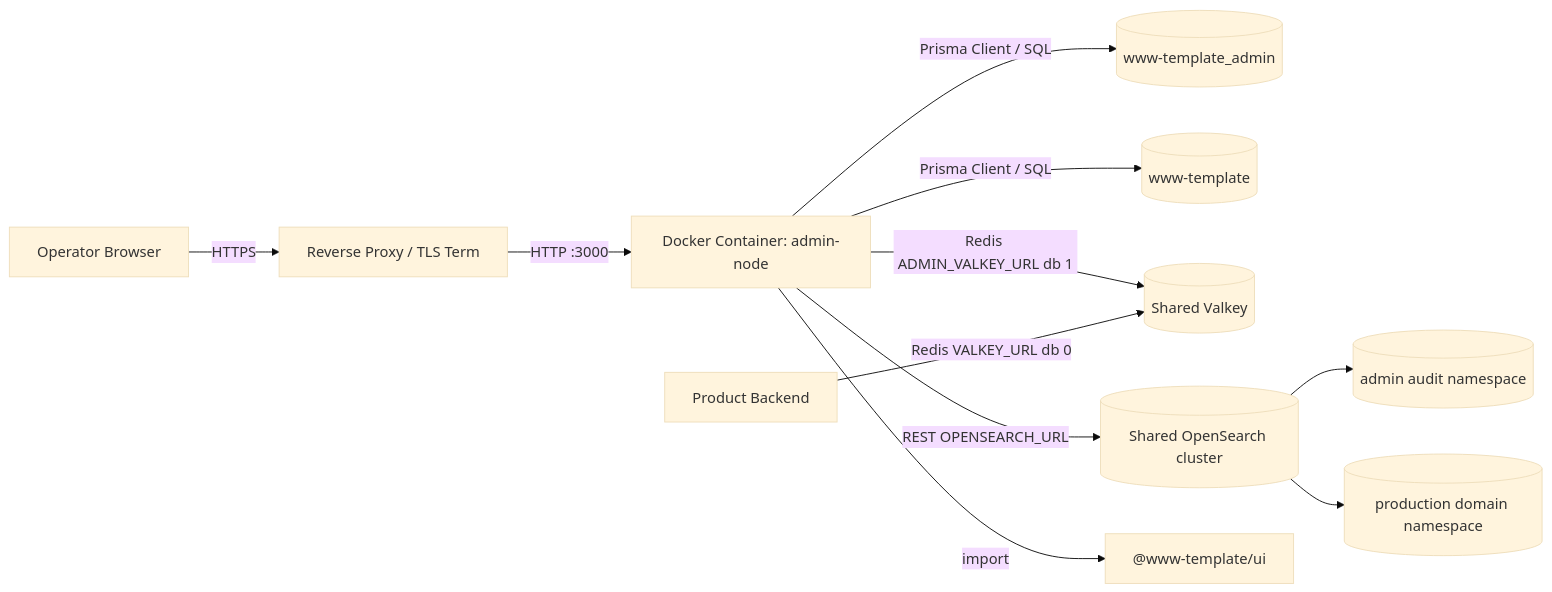
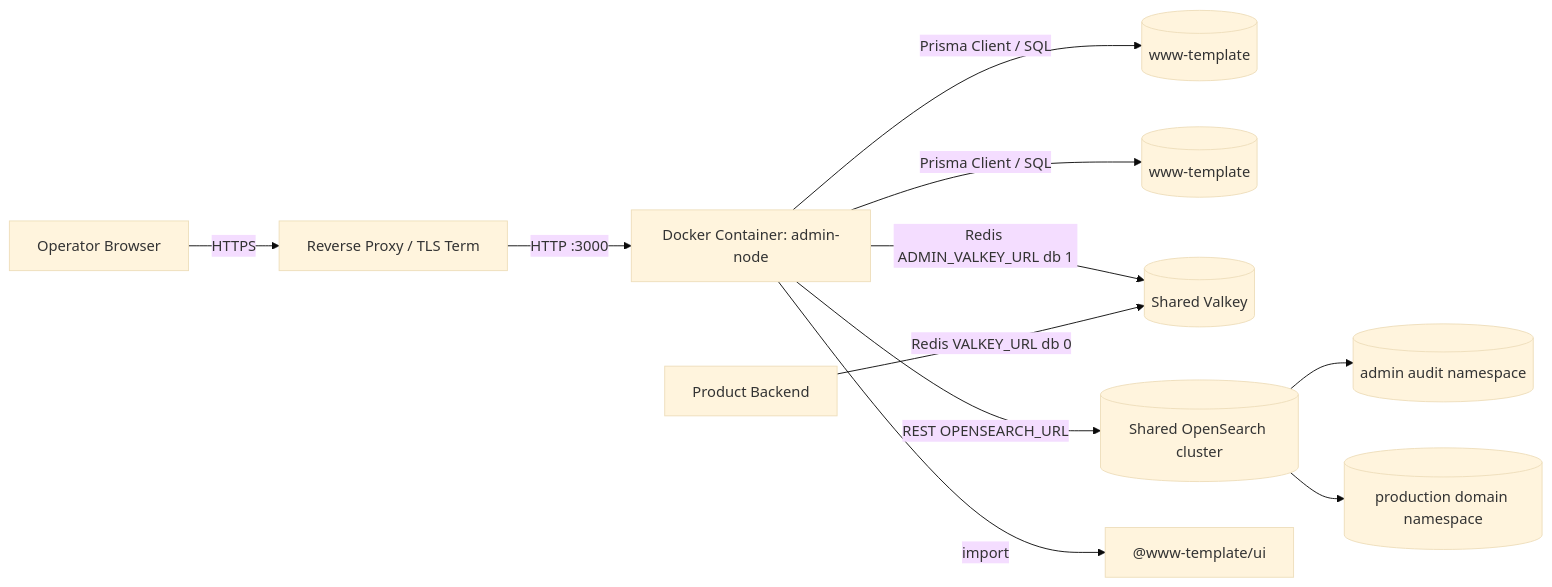
One commit to witwire-net/www-template changed the first of 5 diagrams in openspec/changes/archive/2026-05-18-add-admin-system/design.md. Above: the diagram before and after it, drawn with Mermaid (base theme). The commit also changed other lines of this file and 358 other files, not shown here.

````diff
--- a/openspec/changes/archive/2026-05-18-add-admin-system/design.md
+++ b/openspec/changes/archive/2026-05-18-add-admin-system/design.md
@@ -235,13 +235,13 @@
 ```mermaid
 flowchart LR
     Operator[Operator Browser] -->|HTTPS| Nginx[Reverse Proxy / TLS Term]
     Nginx -->|HTTP :3000| Container[Docker Container: admin-node]
-    Container -->|Prisma Client / SQL| AdminDB[("www-template_admin")]
+    Container -->|Prisma Client / SQL| AdminDB[("www-template")]
     Container -->|Prisma Client / SQL| ProductDB[("www-template")]
     Container -->|Redis ADMIN_VALKEY_URL db 1| SharedValkey[("Shared Valkey")]
     ProductBackend[Product Backend] -->|Redis VALKEY_URL db 0| SharedValkey
     Container -->|REST OPENSEARCH_URL| OpenSearch[("Shared OpenSearch cluster")]
     OpenSearch --> AdminAuditIndex[("admin audit namespace")]
     OpenSearch --> ProductDomainIndex[("production domain namespace")]
     Container -->|import| UI["@www-template/ui"]
 ```
````
